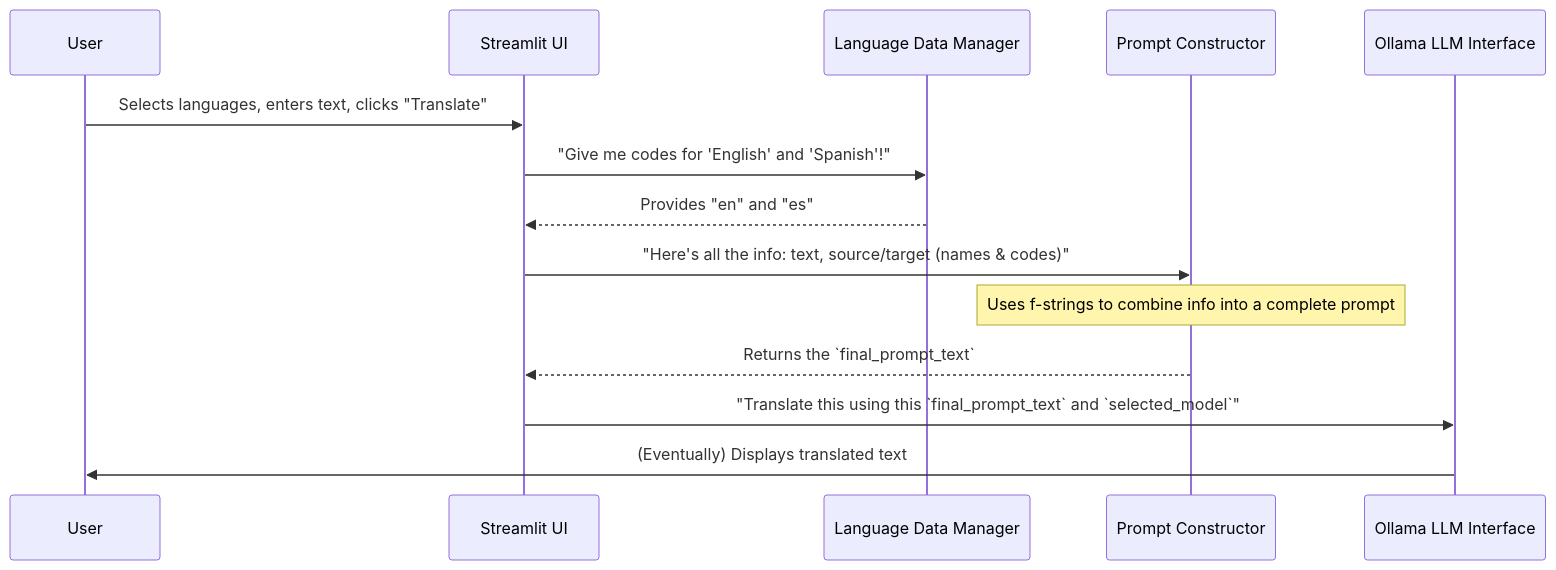
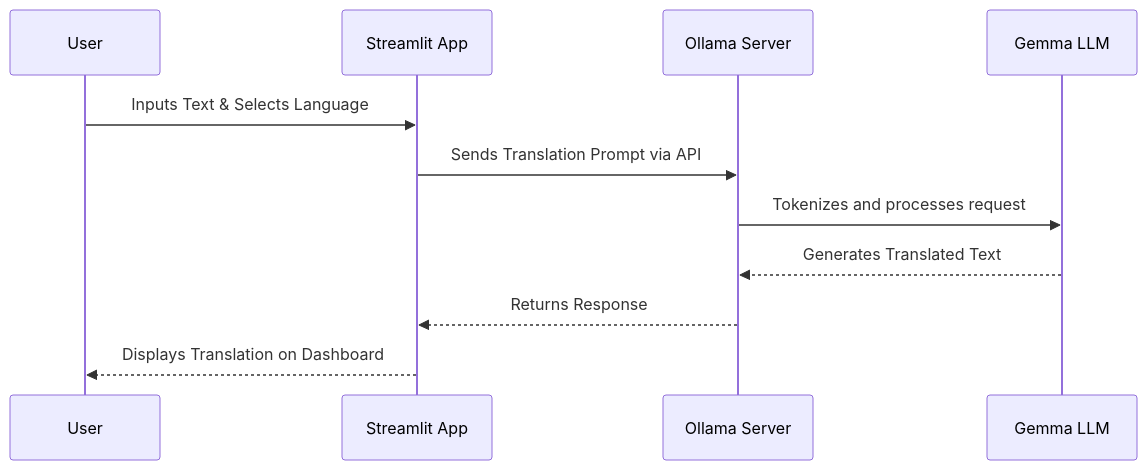
The diagram in README.md (Aashleshaj/Gemma-Translator), drawn with Mermaid before and after one commit. The commit also changed other lines of this file and 1 other file, not shown here.

````diff
--- a/README.md
+++ b/README.md
@@ -695,17 +32,14 @@
 ```mermaid
 sequenceDiagram
     participant User
-    participant Streamlit UI
-    participant Language Data Manager
-    participant Prompt Constructor
-    participant Ollama LLM Interface
+    participant UI as Streamlit App
+    participant Engine as Ollama Server
+    participant Model as Gemma LLM
 
-    User->>Streamlit UI: Selects languages, enters text, clicks "Translate"
-    Streamlit UI->>Language Data Manager: "Give me codes for 'English' and 'Spanish'!"
-    Language Data Manager-->>Streamlit UI: Provides "en" and "es"
-    Streamlit UI->>Prompt Constructor: "Here's all the info: text, source/target (names & codes)"
-    Note over Prompt Constructor: Uses f-strings to combine info into a complete prompt
-    Prompt Constructor-->>Streamlit UI: Returns the `final_prompt_text`
-    Streamlit UI->>Ollama LLM Interface: "Translate this using this `final_prompt_text` and `selected_model`"
-    Ollama LLM Interface->>User: (Eventually) Displays translated text
+    User->>UI: Inputs Text & Selects Language
+    UI->>Engine: Sends Translation Prompt via API
+    Engine->>Model: Tokenizes and processes request
+    Model-->>Engine: Generates Translated Text
+    Engine-->>UI: Returns Response
+    UI-->>User: Displays Translation on Dashboard
 ```
````
